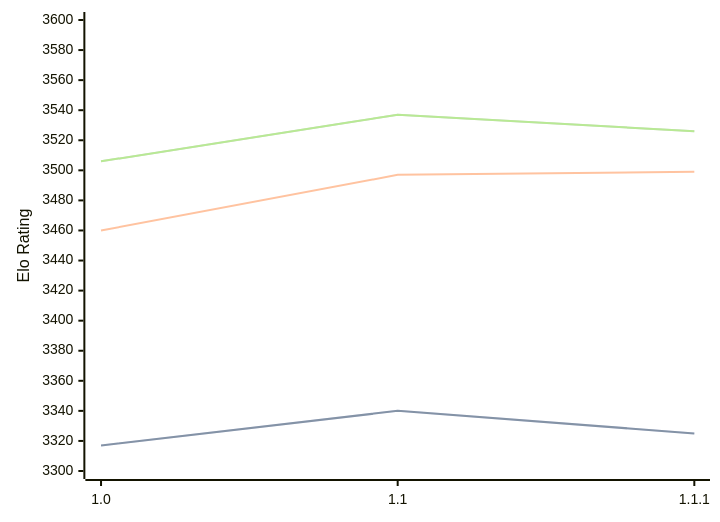
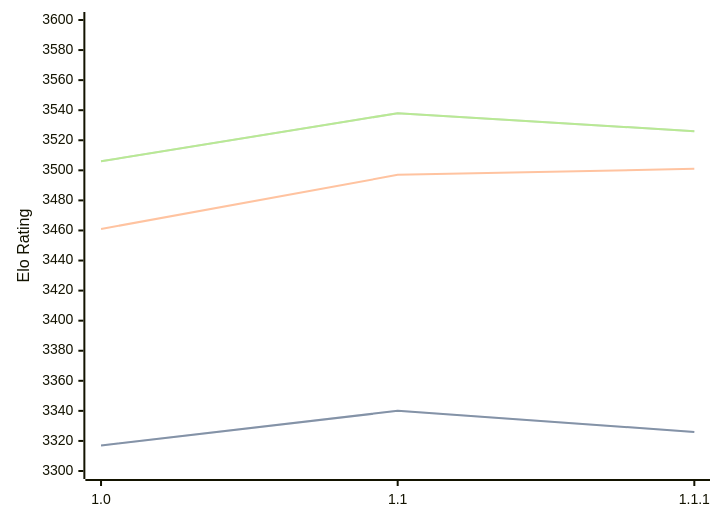
Before and after one commit to computer-chess-index/cci: the diagram in engines/Icarus.md, drawn with Mermaid. The commit also changed other lines of this file, not shown here.

Commit message:
Update CCI Ratings (ELO VLTC) - 2026-09-08

````diff
--- a/engines/Icarus.md
+++ b/engines/Icarus.md
@@ -33,11 +33,11 @@
 ```mermaid
 %%{init: {"theme":"base","themeVariables":{"seriesColors:['#a3a3a3','#222221','#faa371']}}}%%
 xychart-beta
   x-axis ["1.0", "1.1", "1.1.1"]
   y-axis "Elo Rating" 3300 --> 3600
-  line "" [3317, 3340, 3325]
-  line "STC (8.0+0.08s)" [3317, 3340, 3325]
-  line "LTC (60.0+0.60s)" [3460, 3497, 3499]
-  line "" [3506, 3537, 3526]
-  line "VLTC (2m24s+1.12s)" [3506, 3537, 3526]
+  line "" [3317, 3340, 3326]
+  line "STC (8.0+0.08s)" [3317, 3340, 3326]
+  line "LTC (60.0+0.60s)" [3461, 3497, 3501]
+  line "" [3506, 3538, 3526]
+  line "VLTC (2m24s+1.12s)" [3506, 3538, 3526]
 ```
````
